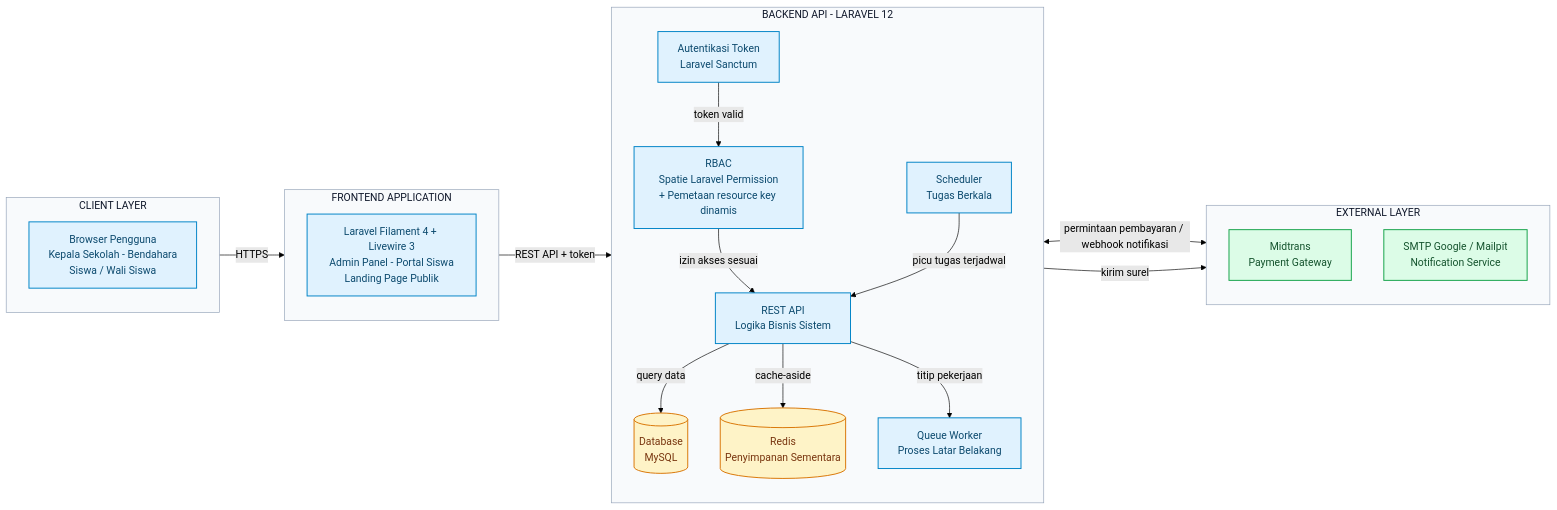
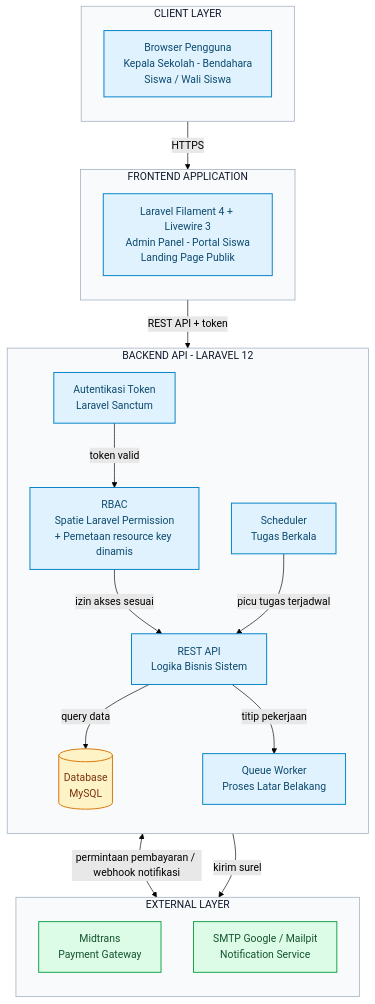
The diagram in document/aset-laporan/mermaid-architecture/sistem.mmd (Fathurrahman-R/Manajemen-Keuangan-dan-SPP-Handayani), drawn with Mermaid (forest theme) before and after one commit. The commit also changed 14 other files, not shown here.

First line of the commit message:
Rapikan diagram ERD mermaid: hapus label relasi dan komentar atribut, lengkapi kolom tabel yang disingkat

```diff
--- a/document/aset-laporan/mermaid-architecture/sistem.mmd
+++ b/document/aset-laporan/mermaid-architecture/sistem.mmd
@@ -1,48 +1,46 @@
-flowchart LR
+flowchart TB
     classDef grp fill:#f8fafc,stroke:#94a3b8,stroke-width:1px,color:#0f172a
     classDef comp fill:#e0f2fe,stroke:#0284c7,stroke-width:1.5px,color:#0c4a6e
     classDef store fill:#fef3c7,stroke:#d97706,stroke-width:1.5px,color:#78350f
     classDef ext fill:#dcfce7,stroke:#16a34a,stroke-width:1.5px,color:#14532d
 
     subgraph CLIENT["CLIENT LAYER"]
         direction TB
         browser["Browser Pengguna<br/>Kepala Sekolah - Bendahara<br/>Siswa / Wali Siswa"]
     end
 
     subgraph FRONTEND["FRONTEND APPLICATION"]
         direction TB
         webapp["Laravel Filament 4 + Livewire 3<br/>Admin Panel - Portal Siswa<br/>Landing Page Publik"]
     end
 
     subgraph BACKEND["BACKEND API - LARAVEL 12"]
         direction TB
         auth["Autentikasi Token<br/>Laravel Sanctum"]
         rbac["RBAC<br/>Spatie Laravel Permission<br/>+ Pemetaan resource key dinamis"]
         api["REST API<br/>Logika Bisnis Sistem"]
         queue["Queue Worker<br/>Proses Latar Belakang"]
         sched["Scheduler<br/>Tugas Berkala"]
         db[("Database<br/>MySQL")]
-        redis[("Redis<br/>Penyimpanan Sementara")]
     end
 
     subgraph EXTERNAL["EXTERNAL LAYER"]
         direction TB
         midtrans["Midtrans<br/>Payment Gateway"]
         smtp["SMTP Google / Mailpit<br/>Notification Service"]
     end
 
     browser -- "HTTPS" --> webapp
     webapp -- "REST API + token" --> auth
     auth -- "token valid" --> rbac
     rbac -- "izin akses sesuai" --> api
     api -- "query data" --> db
-    api -- "cache-aside" --> redis
     api -- "titip pekerjaan" --> queue
     sched -- "picu tugas terjadwal" --> api
     api <-- "permintaan pembayaran / webhook notifikasi" --> midtrans
     queue -- "kirim surel" --> smtp
 
     class browser,webapp,auth,rbac,api,queue,sched comp
-    class db,redis store
+    class db store
     class midtrans,smtp ext
     class CLIENT,FRONTEND,BACKEND,EXTERNAL grp
```
